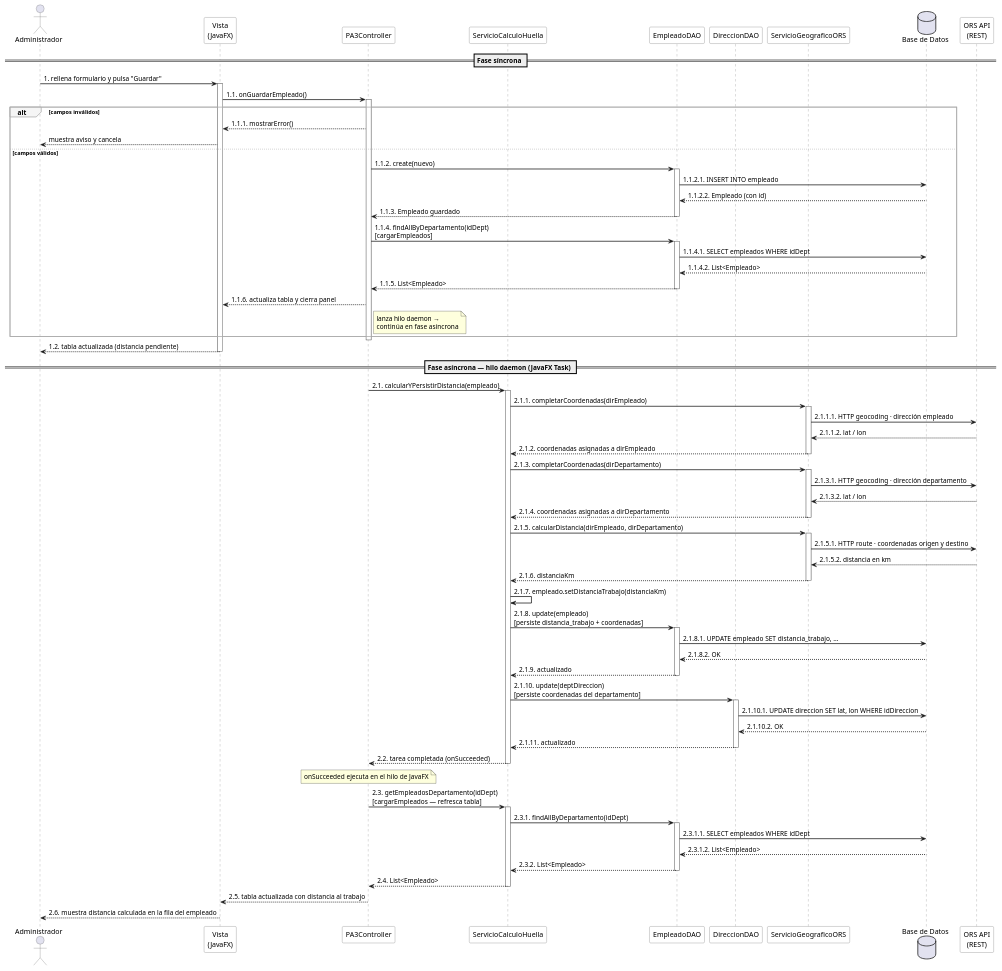
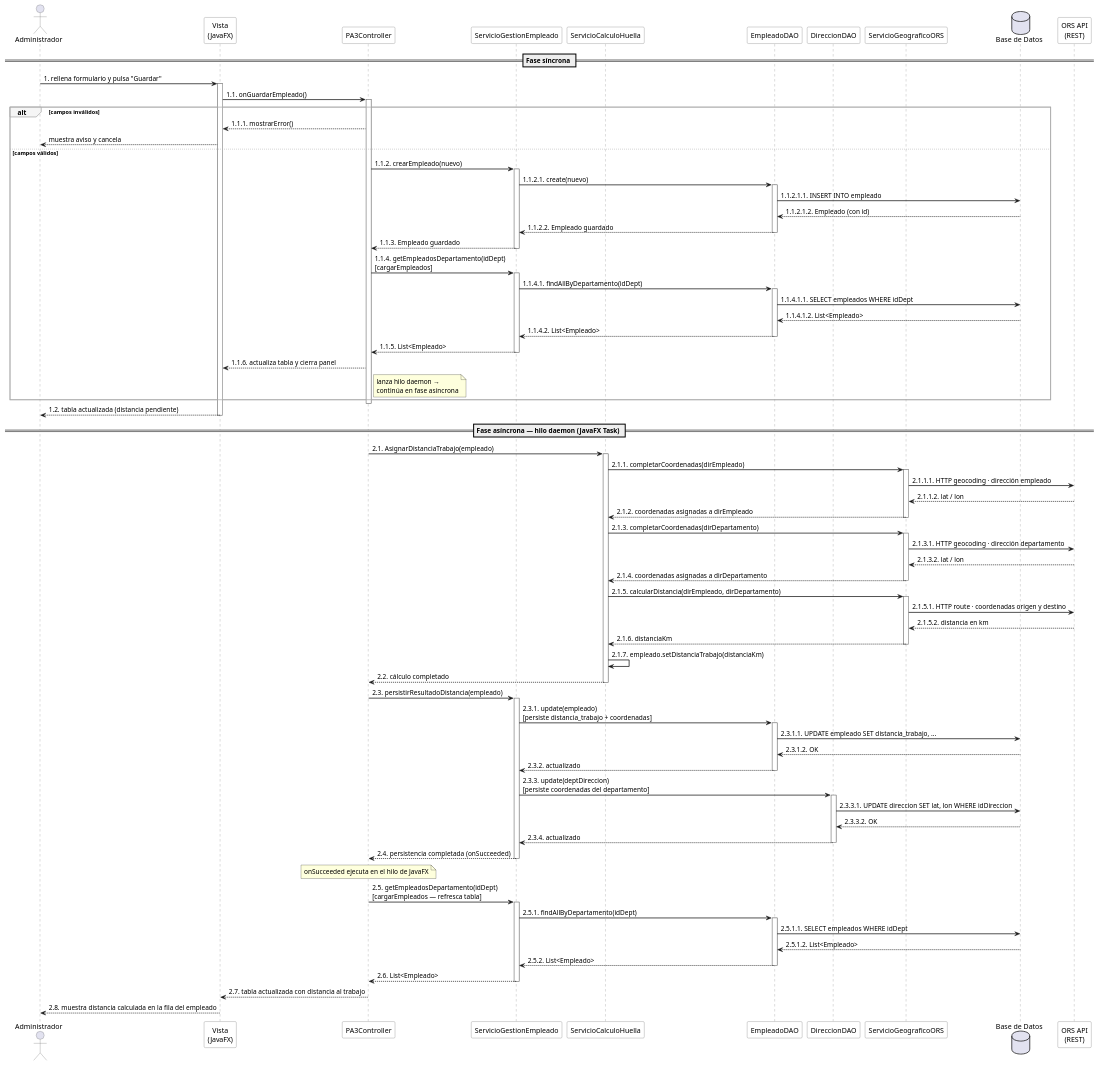
The diagram in docs/diagrams/diagrama_secuencia_alta_empleado.puml (noeparamenos/carbonAudit_manager), drawn with PlantUML before and after one commit. The commit also changed 4 other files, not shown here.

First line of the commit message:
Refactor: introducir ServicioGestionEmpleado y limpiar ServicioCalculoHuella

```diff
--- a/docs/diagrams/diagrama_secuencia_alta_empleado.puml
+++ b/docs/diagrams/diagrama_secuencia_alta_empleado.puml
@@ -1,124 +1,137 @@
 @startuml Diagrama de Secuencia - Alta de Empleado
 
 skinparam sequenceArrowThickness 1.5
 skinparam participant {
     BackgroundColor White
     BorderColor #555
 }
 skinparam actor {
     BorderColor #555
 }
 skinparam sequence {
     LifeLineBorderColor #777
     GroupBackgroundColor #F5F5F5
     GroupBorderColor #AAAAAA
 }
 
 actor "Administrador" as Admin
 participant "Vista\n(JavaFX)" as UI
 participant "PA3Controller" as Ctrl
-participant "ServicioCalculoHuella" as Servicio
+participant "ServicioGestionEmpleado" as ServGestion
+participant "ServicioCalculoHuella" as ServHuella
 participant "EmpleadoDAO" as EmpDAO
 participant "DireccionDAO" as DirDAO
 participant "ServicioGeograficoORS" as ORS
 database "Base de Datos" as BD
 participant "ORS API\n(REST)" as ORSAPI
 
 == Fase síncrona ==
 
 Admin -> UI : 1. rellena formulario y pulsa "Guardar"
 activate UI
 
 UI -> Ctrl : 1.1. onGuardarEmpleado()
 activate Ctrl
 
 alt campos inválidos
     Ctrl --> UI : 1.1.1. mostrarError()
     UI --> Admin : muestra aviso y cancela
 else campos válidos
 
-    Ctrl -> EmpDAO : 1.1.2. create(nuevo)
-    activate EmpDAO
-        EmpDAO -> BD : 1.1.2.1. INSERT INTO empleado
-        BD --> EmpDAO : 1.1.2.2. Empleado (con id)
-    EmpDAO --> Ctrl : 1.1.3. Empleado guardado
-    deactivate EmpDAO
+    Ctrl -> ServGestion : 1.1.2. crearEmpleado(nuevo)
+    activate ServGestion
+        ServGestion -> EmpDAO : 1.1.2.1. create(nuevo)
+        activate EmpDAO
+            EmpDAO -> BD : 1.1.2.1.1. INSERT INTO empleado
+            BD --> EmpDAO : 1.1.2.1.2. Empleado (con id)
+        EmpDAO --> ServGestion : 1.1.2.2. Empleado guardado
+        deactivate EmpDAO
+    ServGestion --> Ctrl : 1.1.3. Empleado guardado
+    deactivate ServGestion
 
-    Ctrl -> EmpDAO : 1.1.4. findAllByDepartamento(idDept)\n[cargarEmpleados]
-    activate EmpDAO
-        EmpDAO -> BD : 1.1.4.1. SELECT empleados WHERE idDept
-        BD --> EmpDAO : 1.1.4.2. List<Empleado>
-    EmpDAO --> Ctrl : 1.1.5. List<Empleado>
-    deactivate EmpDAO
+    Ctrl -> ServGestion : 1.1.4. getEmpleadosDepartamento(idDept)\n[cargarEmpleados]
+    activate ServGestion
+        ServGestion -> EmpDAO : 1.1.4.1. findAllByDepartamento(idDept)
+        activate EmpDAO
+            EmpDAO -> BD : 1.1.4.1.1. SELECT empleados WHERE idDept
+            BD --> EmpDAO : 1.1.4.1.2. List<Empleado>
+        EmpDAO --> ServGestion : 1.1.4.2. List<Empleado>
+        deactivate EmpDAO
+    ServGestion --> Ctrl : 1.1.5. List<Empleado>
+    deactivate ServGestion
 
     Ctrl --> UI : 1.1.6. actualiza tabla y cierra panel
     note right of Ctrl : lanza hilo daemon →\ncontinúa en fase asíncrona
 
 end
 
 deactivate Ctrl
 UI --> Admin : 1.2. tabla actualizada (distancia pendiente)
 deactivate UI
 
 == Fase asíncrona — hilo daemon (JavaFX Task) ==
 
-Ctrl -> Servicio : 2.1. calcularYPersistirDistancia(empleado)
-activate Servicio
+Ctrl -> ServHuella : 2.1. AsignarDistanciaTrabajo(empleado)
+activate ServHuella
 
-Servicio -> ORS : 2.1.1. completarCoordenadas(dirEmpleado)
+ServHuella -> ORS : 2.1.1. completarCoordenadas(dirEmpleado)
 activate ORS
     ORS -> ORSAPI : 2.1.1.1. HTTP geocoding · dirección empleado
     ORSAPI --> ORS : 2.1.1.2. lat / lon
-ORS --> Servicio : 2.1.2. coordenadas asignadas a dirEmpleado
+ORS --> ServHuella : 2.1.2. coordenadas asignadas a dirEmpleado
 deactivate ORS
 
-Servicio -> ORS : 2.1.3. completarCoordenadas(dirDepartamento)
+ServHuella -> ORS : 2.1.3. completarCoordenadas(dirDepartamento)
 activate ORS
     ORS -> ORSAPI : 2.1.3.1. HTTP geocoding · dirección departamento
     ORSAPI --> ORS : 2.1.3.2. lat / lon
-ORS --> Servicio : 2.1.4. coordenadas asignadas a dirDepartamento
+ORS --> ServHuella : 2.1.4. coordenadas asignadas a dirDepartamento
 deactivate ORS
 
-Servicio -> ORS : 2.1.5. calcularDistancia(dirEmpleado, dirDepartamento)
+ServHuella -> ORS : 2.1.5. calcularDistancia(dirEmpleado, dirDepartamento)
 activate ORS
     ORS -> ORSAPI : 2.1.5.1. HTTP route · coordenadas origen y destino
     ORSAPI --> ORS : 2.1.5.2. distancia en km
-ORS --> Servicio : 2.1.6. distanciaKm
+ORS --> ServHuella : 2.1.6. distanciaKm
 deactivate ORS
 
-Servicio -> Servicio : 2.1.7. empleado.setDistanciaTrabajo(distanciaKm)
+ServHuella -> ServHuella : 2.1.7. empleado.setDistanciaTrabajo(distanciaKm)
 
-Servicio -> EmpDAO : 2.1.8. update(empleado)\n[persiste distancia_trabajo + coordenadas]
-activate EmpDAO
-    EmpDAO -> BD : 2.1.8.1. UPDATE empleado SET distancia_trabajo, ...
-    BD --> EmpDAO : 2.1.8.2. OK
-EmpDAO --> Servicio : 2.1.9. actualizado
-deactivate EmpDAO
+ServHuella --> Ctrl : 2.2. cálculo completado
+deactivate ServHuella
 
-Servicio -> DirDAO : 2.1.10. update(deptDireccion)\n[persiste coordenadas del departamento]
-activate DirDAO
-    DirDAO -> BD : 2.1.10.1. UPDATE direccion SET lat, lon WHERE idDireccion
-    BD --> DirDAO : 2.1.10.2. OK
-DirDAO --> Servicio : 2.1.11. actualizado
-deactivate DirDAO
+Ctrl -> ServGestion : 2.3. persistirResultadoDistancia(empleado)
+activate ServGestion
+    ServGestion -> EmpDAO : 2.3.1. update(empleado)\n[persiste distancia_trabajo + coordenadas]
+    activate EmpDAO
+        EmpDAO -> BD : 2.3.1.1. UPDATE empleado SET distancia_trabajo, ...
+        BD --> EmpDAO : 2.3.1.2. OK
+    EmpDAO --> ServGestion : 2.3.2. actualizado
+    deactivate EmpDAO
 
-Servicio --> Ctrl : 2.2. tarea completada (onSucceeded)
-deactivate Servicio
+    ServGestion -> DirDAO : 2.3.3. update(deptDireccion)\n[persiste coordenadas del departamento]
+    activate DirDAO
+        DirDAO -> BD : 2.3.3.1. UPDATE direccion SET lat, lon WHERE idDireccion
+        BD --> DirDAO : 2.3.3.2. OK
+    DirDAO --> ServGestion : 2.3.4. actualizado
+    deactivate DirDAO
+ServGestion --> Ctrl : 2.4. persistencia completada (onSucceeded)
+deactivate ServGestion
 
 note over Ctrl : onSucceeded ejecuta en el hilo de JavaFX
 
-Ctrl -> Servicio : 2.3. getEmpleadosDepartamento(idDept)\n[cargarEmpleados — refresca tabla]
-activate Servicio
-    Servicio -> EmpDAO : 2.3.1. findAllByDepartamento(idDept)
+Ctrl -> ServGestion : 2.5. getEmpleadosDepartamento(idDept)\n[cargarEmpleados — refresca tabla]
+activate ServGestion
+    ServGestion -> EmpDAO : 2.5.1. findAllByDepartamento(idDept)
     activate EmpDAO
-        EmpDAO -> BD : 2.3.1.1. SELECT empleados WHERE idDept
-        BD --> EmpDAO : 2.3.1.2. List<Empleado>
-    EmpDAO --> Servicio : 2.3.2. List<Empleado>
+        EmpDAO -> BD : 2.5.1.1. SELECT empleados WHERE idDept
+        BD --> EmpDAO : 2.5.1.2. List<Empleado>
+    EmpDAO --> ServGestion : 2.5.2. List<Empleado>
     deactivate EmpDAO
-Servicio --> Ctrl : 2.4. List<Empleado>
-deactivate Servicio
+ServGestion --> Ctrl : 2.6. List<Empleado>
+deactivate ServGestion
 
-Ctrl --> UI : 2.5. tabla actualizada con distancia al trabajo
-UI --> Admin : 2.6. muestra distancia calculada en la fila del empleado
+Ctrl --> UI : 2.7. tabla actualizada con distancia al trabajo
+UI --> Admin : 2.8. muestra distancia calculada en la fila del empleado
 
 @enduml
```
